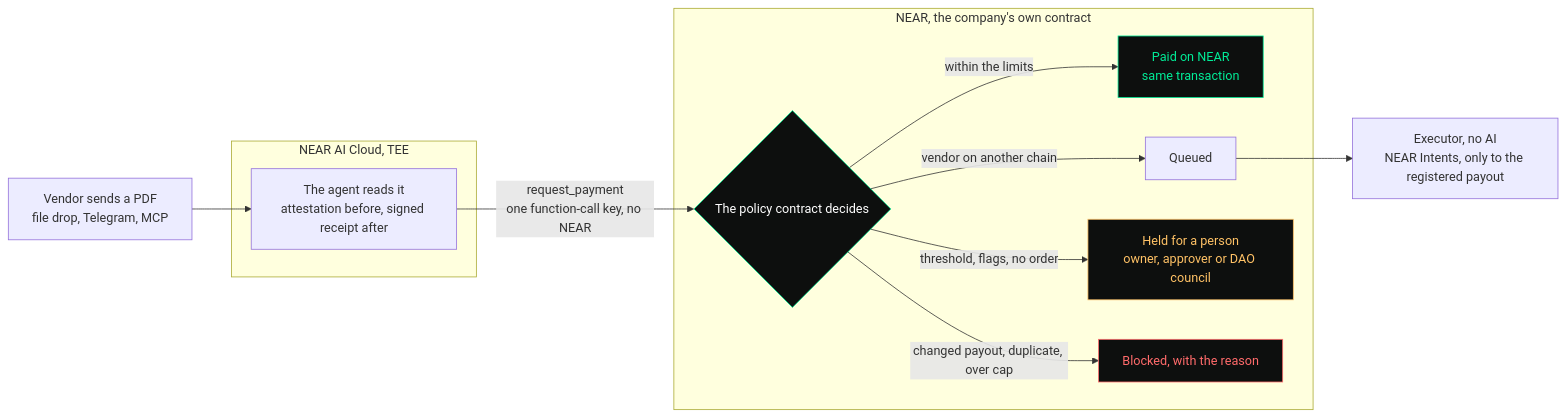
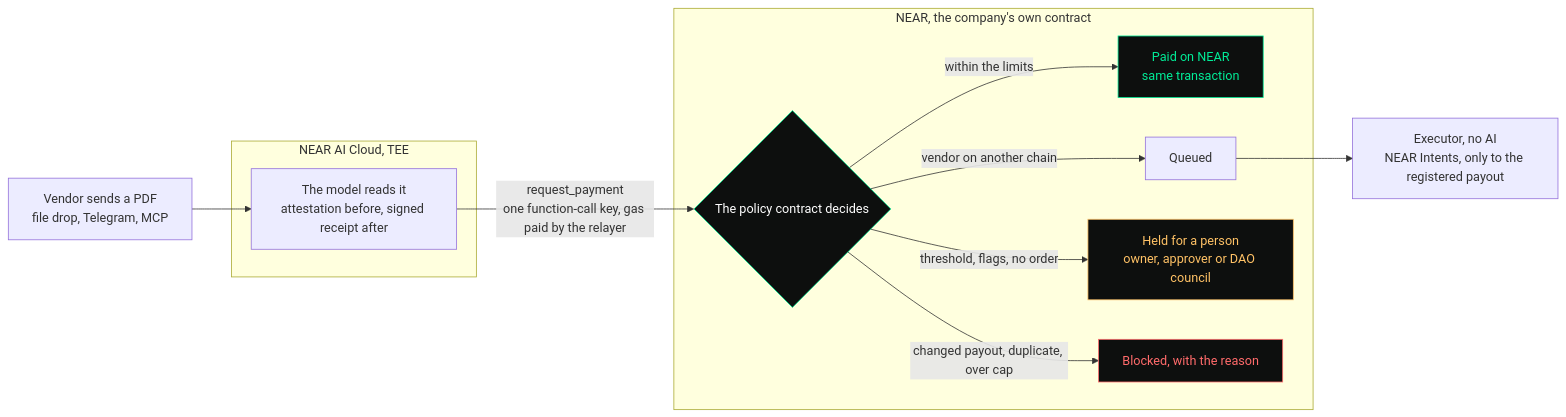
Before and after one commit to DCSteve96/Bursar: the diagram in README.md, drawn with Mermaid. The commit also changed other lines of this file and 6 other files, not shown here.

````diff
--- a/README.md
+++ b/README.md
@@ -33,20 +33,20 @@
 ```mermaid
 flowchart LR
     V["Vendor sends a PDF<br>file drop, Telegram, MCP"] --> A
     subgraph enclave["NEAR AI Cloud, TEE"]
-        A["The agent reads it<br>attestation before, signed receipt after"]
+        A["The model reads it<br>attestation before, signed receipt after"]
     end
-    A -- "request_payment<br>one function-call key, no NEAR" --> C
+    A -- "request_payment<br>one function-call key, gas paid by the relayer" --> C
     subgraph chain["NEAR, the company's own contract"]
         C{"The policy contract decides"}
         C -- "within the limits" --> P["Paid on NEAR<br>same transaction"]
         C -- "vendor on another chain" --> Q["Queued"]
         C -- "threshold, flags, no order" --> H["Held for a person<br>owner, approver or DAO council"]
         C -- "changed payout, duplicate, over cap" --> B["Blocked, with the reason"]
     end
     Q --> E["Executor, no AI<br>NEAR Intents, only to the registered payout"]
     style C fill:#0d0f0e,stroke:#00ec97,color:#fff
     style P fill:#0d0f0e,stroke:#00ec97,color:#00ec97
     style H fill:#0d0f0e,stroke:#ffc266,color:#ffc266
     style B fill:#0d0f0e,stroke:#ff6b6b,color:#ff6b6b
 ```
````
